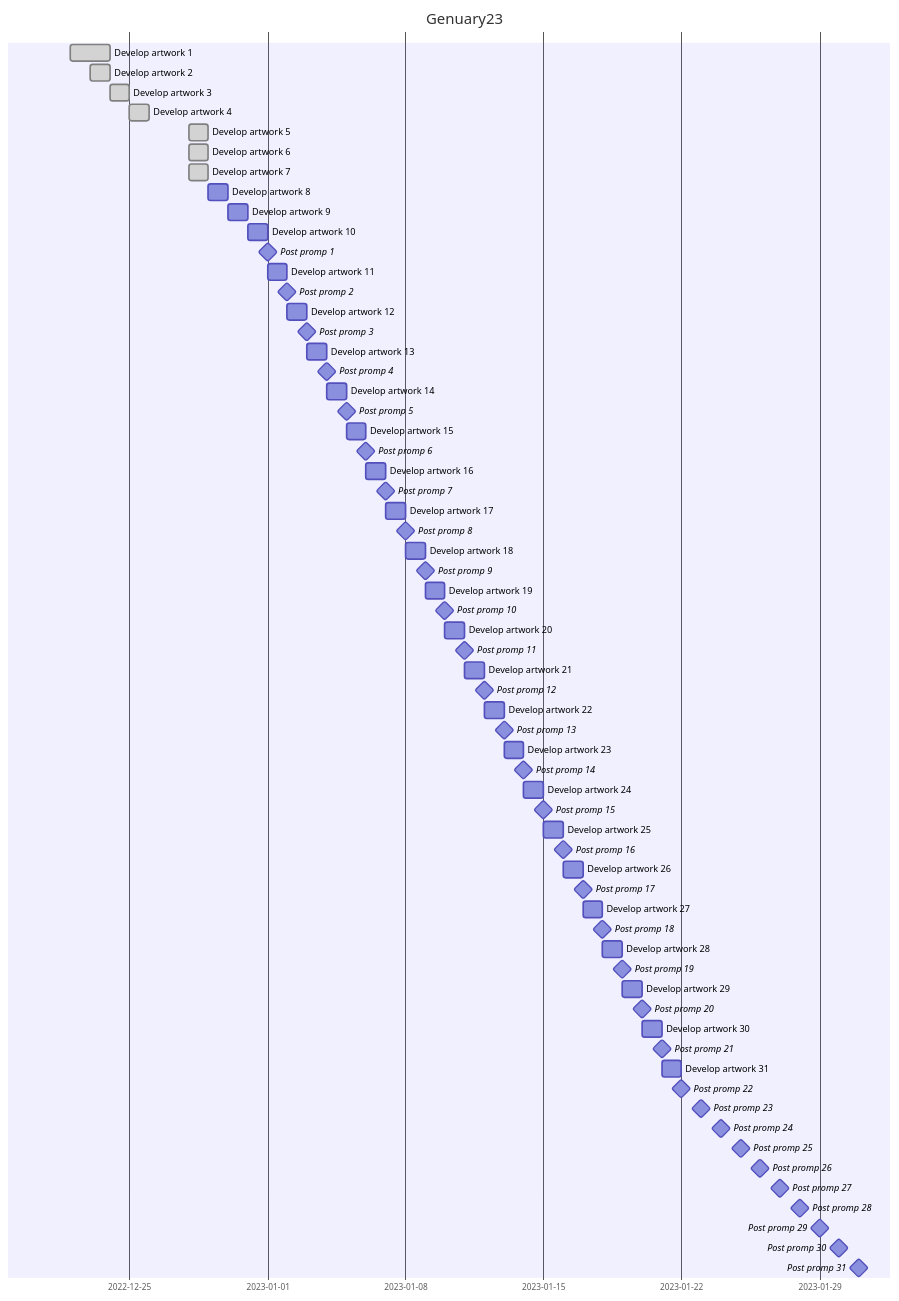
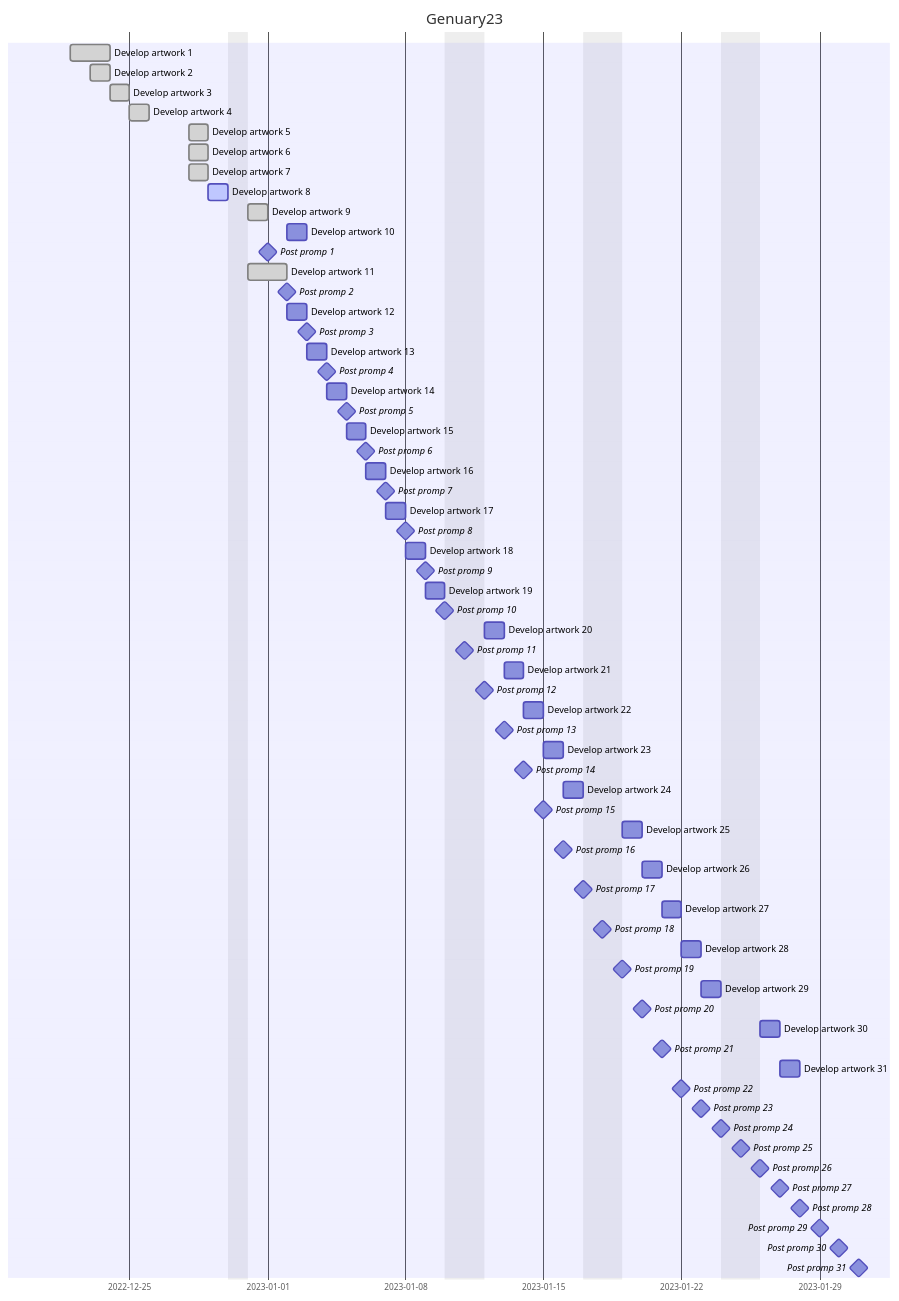
Before and after one commit to markralovna/markralovna.github.io: the diagram in com/Genuary23/index.md, drawn with Mermaid. The commit also changed other lines of this file and 3 other files, not shown here.

````diff
--- a/com/Genuary23/index.md
+++ b/com/Genuary23/index.md
@@ -41,67 +41,68 @@
 ```mermaid
 gantt
 	title Genuary23
+    excludes    2023-01-10,2023-01-11,2023-01-17,2023-01-18,2023-01-24,2023-01-25,2023-01-31,2022-12-30
 	dateFormat  YYYY-MM-DD
 	Develop artwork  1               : done     ,     d01,     2022-12-22,     2d 
 	Develop artwork  2               : done     ,     d02,     2022-12-23,     1d 
 	Develop artwork  3               : done     ,     d03,     2022-12-24,     1d 
 	Develop artwork  4               : done     ,     d04,     2022-12-25,     1d 
 	Develop artwork  5               : done     ,     d05,     2022-12-28,     1d 
 	Develop artwork  6               : done     ,     d06,     2022-12-28,     1d 
 	Develop artwork  7               : done     ,     d07,     2022-12-28,     1d 
-	Develop artwork  8               :                d08,     after d07 ,     1d 
-	Develop artwork  9               :                d09,     after d08 ,     1d 
-	Develop artwork 10               :                d10,     after d09 ,     1d 
+	Develop artwork  8               : active   ,     d08,     2022-12-29,     1d 
+	Develop artwork  9               : done     ,     d09,     2022-12-31,     1d 
+	Develop artwork 10               :                d10,     after d8  ,     1d 
 	Post promp  1                    : milestone,     p01,     2023-01-01,     0d  
-	Develop artwork 11               :                d11,     after d10 ,     1d
+	Develop artwork 11               : done     ,     d11,     2022-12-31,     2d 
 	Post promp  2                    : milestone,     p02,     2023-01-02,     0d  
-	Develop artwork 12               :                d12,     after d11 ,     1d 
+	Develop artwork 12               :                d12,     2023-01-02,     1d  
 	Post promp  3                    : milestone,     p03,     2023-01-03,     0d 
 	Develop artwork 13               :                d13,     after d12 ,     1d 
 	Post promp  4                    : milestone,     p04,     2023-01-04,     0d 
 	Develop artwork 14               :                d14,     after d13 ,     1d 
 	Post promp  5                    : milestone,     p05,     2023-01-05,     0d 
 	Develop artwork 15               :                d15,     after d14 ,     1d 
 	Post promp  6                    : milestone,     p06,     2023-01-06,     0d 
 	Develop artwork 16               :                d16,     after d15 ,     1d 
 	Post promp  7                    : milestone,     p07,     2023-01-07,     0d 
 	Develop artwork 17               :                d17,     after d16 ,     1d 
 	Post promp  8                    : milestone,     p08,     2023-01-08,     0d 
 	Develop artwork 18               :                d18,     after d17 ,     1d 
 	Post promp  9                    : milestone,     p09,     2023-01-09,     0d
 	Develop artwork 19               :                d19,     after d18 ,     1d 
 	Post promp 10                    : milestone,     p10,     2023-01-10,     0d 
 	Develop artwork 20               :                d20,     after d19 ,     1d 
 	Post promp 11                    : milestone,     p11,     2023-01-11,     0d 
 	Develop artwork 21               :                d21,     after d20 ,     1d 
 	Post promp 12                    : milestone,     p12,     2023-01-12,     0d 
 	Develop artwork 22               :                d22,     after d21 ,     1d 
 	Post promp 13                    : milestone,     p13,     2023-01-13,     0d 
 	Develop artwork 23               :                d23,     after d22 ,     1d 
 	Post promp 14                    : milestone,     p14,     2023-01-14,     0d 
 	Develop artwork 24               :                d24,     after d23 ,     1d 
 	Post promp 15                    : milestone,     p15,     2023-01-15,     0d 
 	Develop artwork 25               :                d25,     after d24 ,     1d 
 	Post promp 16                    : milestone,     p16,     2023-01-16,     0d 
 	Develop artwork 26               :                d26,     after d25 ,     1d 
 	Post promp 17                    : milestone,     p17,     2023-01-17,     0d 
 	Develop artwork 27               :                d27,     after d26 ,     1d 
 	Post promp 18                    : milestone,     p18,     2023-01-18,     0d 
 	Develop artwork 28               :                d28,     after d27 ,     1d 
 	Post promp 19                    : milestone,     p19,     2023-01-19,     0d 
 	Develop artwork 29               :                d29,     after d28 ,     1d 
 	Post promp 20                    : milestone,     p20,     2023-01-20,     0d 
 	Develop artwork 30               :                d30,     after d29 ,     1d 
 	Post promp 21                    : milestone,     p21,     2023-01-21,     0d 
 	Develop artwork 31               :                d31,     after d30 ,     1d 
 	Post promp 22                    : milestone,     p22,     2023-01-22,     0d 
 	Post promp 23                    : milestone,     p23,     2023-01-23,     0d 
 	Post promp 24                    : milestone,     p24,     2023-01-24,     0d 
 	Post promp 25                    : milestone,     p25,     2023-01-25,     0d 
 	Post promp 26                    : milestone,     p26,     2023-01-26,     0d 
 	Post promp 27                    : milestone,     p27,     2023-01-27,     0d 
 	Post promp 28                    : milestone,     p28,     2023-01-28,     0d 
 	Post promp 29                    : milestone,     p29,     2023-01-29,     0d 
 	Post promp 30                    : milestone,     p30,     2023-01-30,     0d 
 	Post promp 31                    : milestone,     p31,     2023-01-31,     0d 
 ```
````
